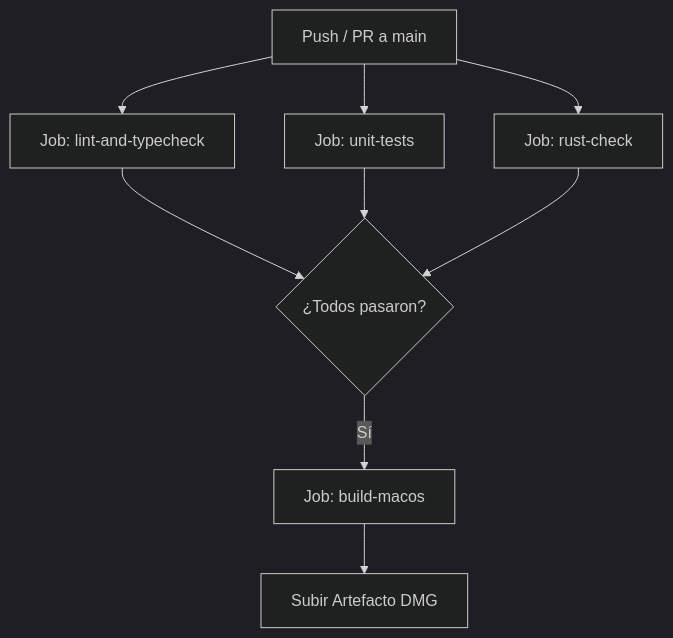
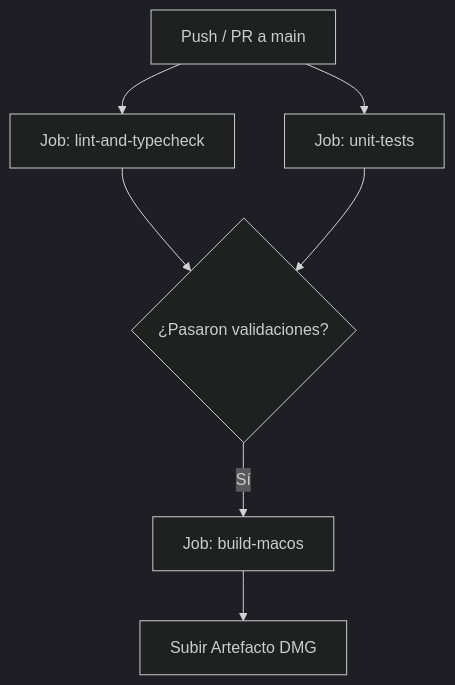
One commit to BenditoCodigo/glosa-editor changed the diagram in documentacion/manuales-tecnicos/06-cicd-pipeline.md. Above: the diagram before and after it, drawn with Mermaid (dark theme). The commit also changed other lines of this file and 6 other files, not shown here.

````diff
--- a/documentacion/manuales-tecnicos/06-cicd-pipeline.md
+++ b/documentacion/manuales-tecnicos/06-cicd-pipeline.md
@@ -30,13 +30,11 @@
 ```mermaid
 flowchart TD
     A[Push / PR a main] --> B[Job: lint-and-typecheck]
     A --> C[Job: unit-tests]
-    A --> D[Job: rust-check]
     
-    B --> E{¿Todos pasaron?}
-    C --> E
-    D --> E
+    B --> D{¿Pasaron validaciones?}
+    C --> D
     
-    E -- Sí --> F[Job: build-macos]
-    F --> G[Subir Artefacto DMG]
+    D -- Sí --> E[Job: build-macos]
+    E --> F[Subir Artefacto DMG]
 ```
````
